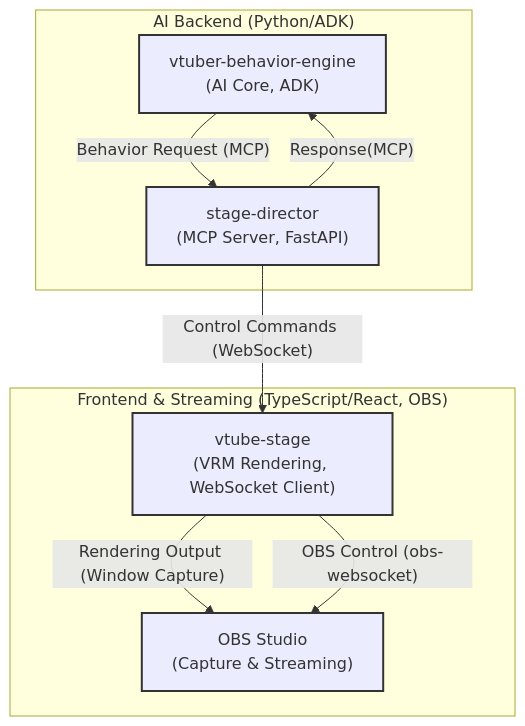
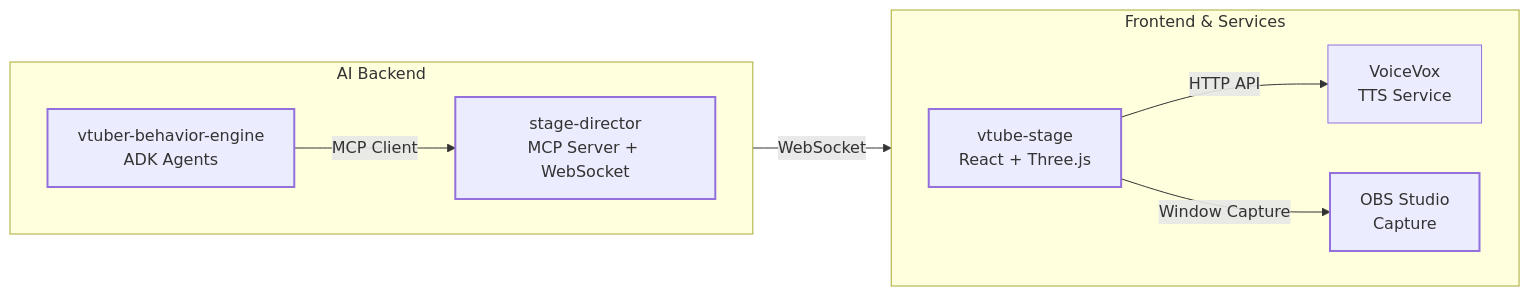
One commit to LongbowXXX/ai-tuber changed the diagram in README.md. Above: the diagram before and after it, drawn with Mermaid. The commit also changed other lines of this file and 3 other files, not shown here.

First line of the commit message:
Enhance documentation for Stage Director and VTuber Behavior Engine

````diff
--- a/README.md
+++ b/README.md
@@ -9,23 +10,24 @@
 ```mermaid
-graph TB
-    subgraph "AI Backend (Python/ADK)"
-        VBE["vtuber-behavior-engine<br>(AI Core, ADK)"]
-        SD["stage-director<br>(MCP Server, FastAPI)"]
+graph LR
+    subgraph "AI Backend"
+        direction LR
+        VBE[vtuber-behavior-engine<br/>ADK Agents]
+        SD[stage-director<br/>MCP Server + WebSocket]
     end
 
-    subgraph "Frontend & Streaming (TypeScript/React, OBS)"
-        VS["vtube-stage<br>(VRM Rendering, WebSocket Client)"]
-        OBS["OBS Studio<br>(Capture & Streaming)"]
+    subgraph "Frontend & Services"
+        direction LR
+        VS[vtube-stage<br/>React + Three.js]
+        VV[VoiceVox<br/>TTS Service]
+        OBS[OBS Studio<br/>Capture]
     end
 
-    SD -- "Response(MCP)" --> VBE
-    VBE -- "Behavior Request (MCP)" --> SD
-    SD -- "Control Commands (WebSocket)" --> VS
-    VS -- "Rendering Output (Window Capture)" --> OBS
-    VS -- "OBS Control (obs-websocket)" --> OBS
-
-    style VBE stroke:#333,stroke-width:2px
-    style SD stroke:#333,stroke-width:2px
-    style VS stroke:#333,stroke-width:2px
-    style OBS stroke:#333,stroke-width:2px
+    VBE -- MCP Client --> SD;
+    SD -- WebSocket --> VS;
+    VS -- HTTP API --> VV;
+    VS -- Window Capture --> OBS;
+    style VBE stroke-width: 2px
+    style SD stroke-width: 2px
+    style VS stroke-width: 2px
+    style OBS stroke-width: 2px
 ```
````
